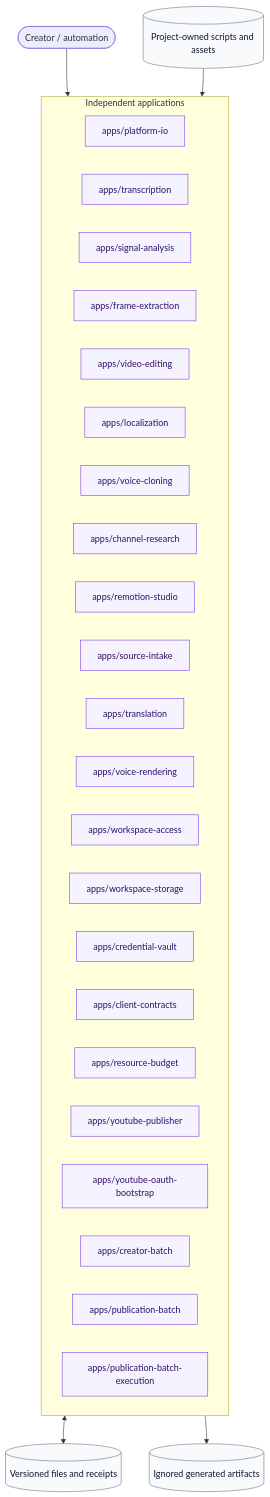
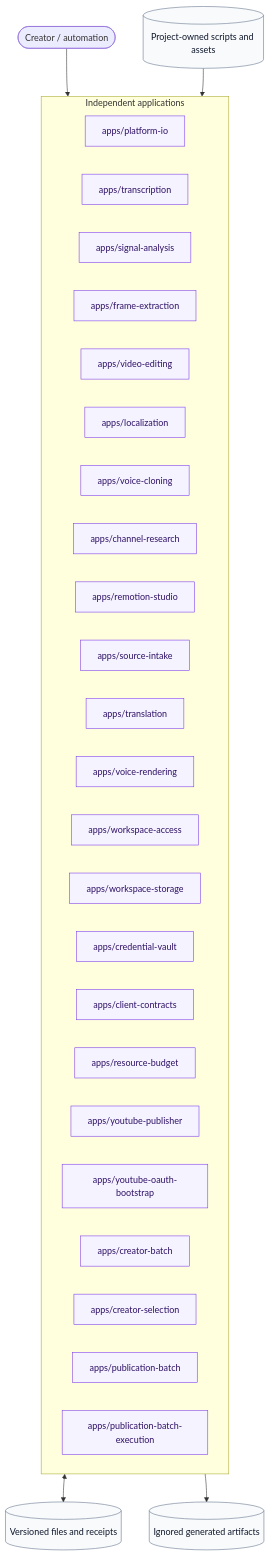
One commit to wohuishuo/cc-video-pipeline changed the second of 2 diagrams in README.md. Above: the diagram before and after it, drawn with Mermaid. The commit also changed other lines of this file and 58 other files, not shown here.

````diff
--- a/README.md
+++ b/README.md
@@ -92,41 +93,42 @@
 ```mermaid
 flowchart TB
     user([Creator / automation])
     subgraph apps[Independent applications]
       A[apps/platform-io]
       B[apps/transcription]
       C[apps/signal-analysis]
       D[apps/frame-extraction]
       E[apps/video-editing]
       F[apps/localization]
       G[apps/voice-cloning]
       H[apps/channel-research]
       I[apps/remotion-studio]
       J[apps/source-intake]
       K[apps/translation]
       L[apps/voice-rendering]
       M[apps/workspace-access]
       N[apps/workspace-storage]
       O[apps/credential-vault]
       P[apps/client-contracts]
       Q[apps/resource-budget]
       R[apps/youtube-publisher]
       S[apps/youtube-oauth-bootstrap]
       T[apps/creator-batch]
+      W[apps/creator-selection]
       U[apps/publication-batch]
       V[apps/publication-batch-execution]
     end
     contracts[(Versioned files and receipts)]
     projects[(Project-owned scripts and assets)]
     outputs[(Ignored generated artifacts)]
 
     user --> apps
     apps <--> contracts
     projects --> apps
     apps --> outputs
 
     classDef boundary fill:#f5f3ff,stroke:#7c3aed,color:#2e1065;
     classDef data fill:#f8fafc,stroke:#64748b,color:#0f172a;
-    class A,B,C,D,E,F,G,H,I,J,K,L,M,N,O,P,Q,R,S,T,U,V boundary;
+    class A,B,C,D,E,F,G,H,I,J,K,L,M,N,O,P,Q,R,S,T,U,V,W boundary;
     class contracts,projects,outputs data;
 ```
````
